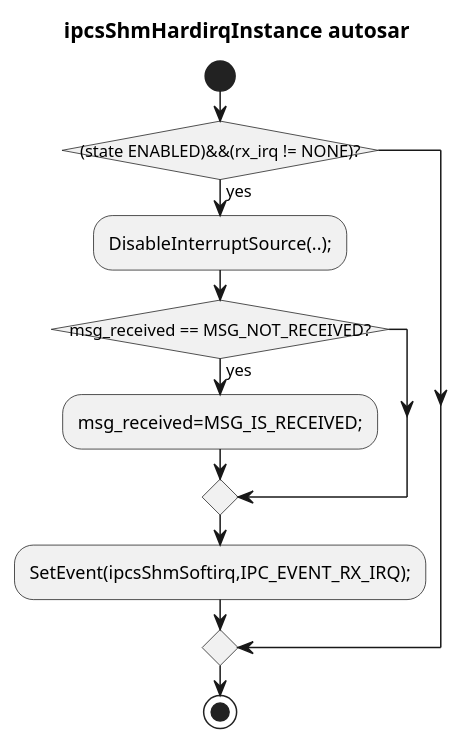
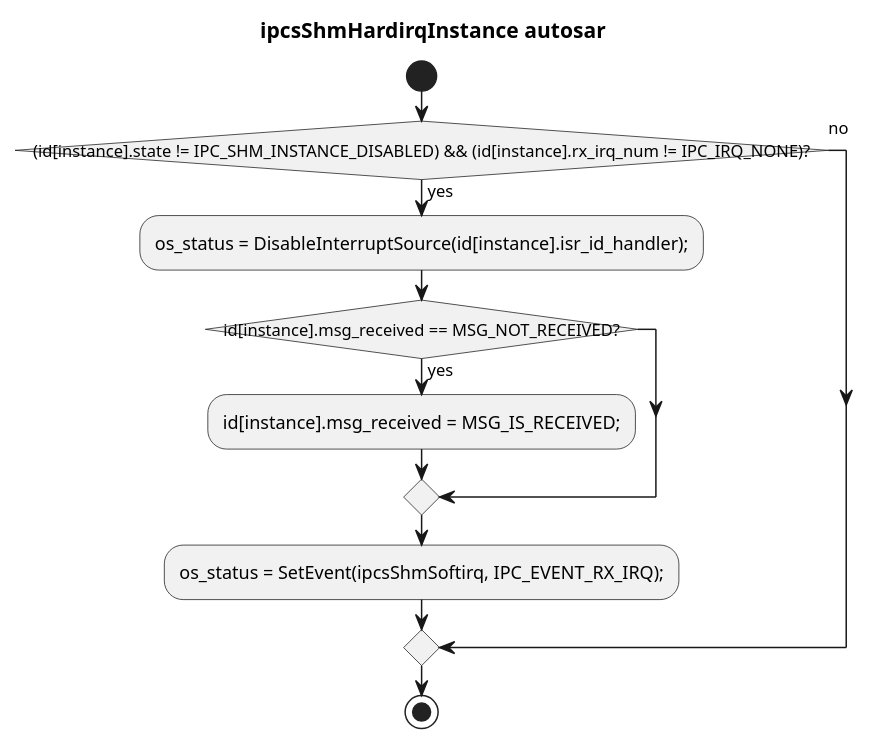
The diagram in c1_sdd_linux-ipcs/cursor_tmp/flow_umls/3_4_45.puml (Mastang1/sad_sdd_proj), drawn with PlantUML before and after one commit. The commit also changed 136 other files, not shown here.

```diff
--- a/c1_sdd_linux-ipcs/cursor_tmp/flow_umls/3_4_45.puml
+++ b/c1_sdd_linux-ipcs/cursor_tmp/flow_umls/3_4_45.puml
@@ -1,15 +1,16 @@
 @startuml
 !pragma layout smetana
 skinparam conditionStyle insideDiamond
 skinparam linetype ortho
 title ipcsShmHardirqInstance autosar
 start
-if ((state ENABLED)&&(rx_irq != NONE)?) then (yes)
-  :DisableInterruptSource(..);;
-  if (msg_received == MSG_NOT_RECEIVED?) then (yes)
-    :msg_received=MSG_IS_RECEIVED;;
+if ((id[instance].state != IPC_SHM_INSTANCE_DISABLED) && (id[instance].rx_irq_num != IPC_IRQ_NONE)?) then (yes)
+  :os_status = DisableInterruptSource(id[instance].isr_id_handler);;
+  if (id[instance].msg_received == MSG_NOT_RECEIVED?) then (yes)
+    :id[instance].msg_received = MSG_IS_RECEIVED;;
   endif
-  :SetEvent(ipcsShmSoftirq,IPC_EVENT_RX_IRQ);;
+  :os_status = SetEvent(ipcsShmSoftirq, IPC_EVENT_RX_IRQ);;
+else (no)
 endif
 stop
 @enduml
```
